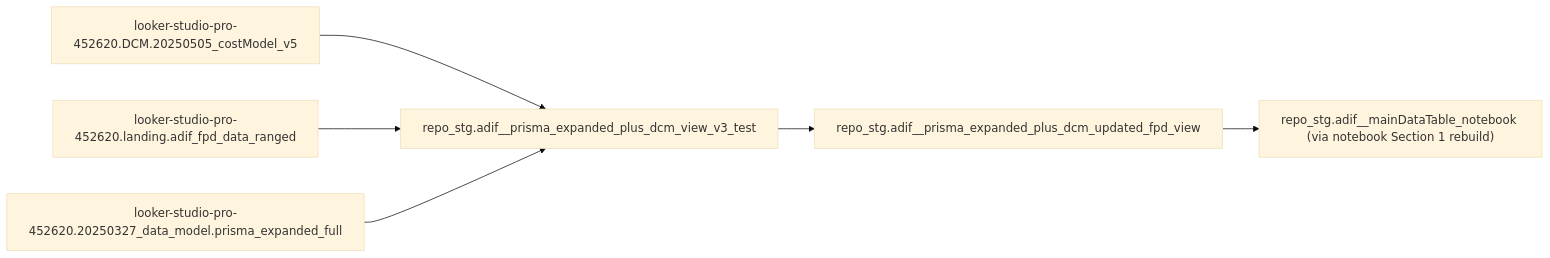
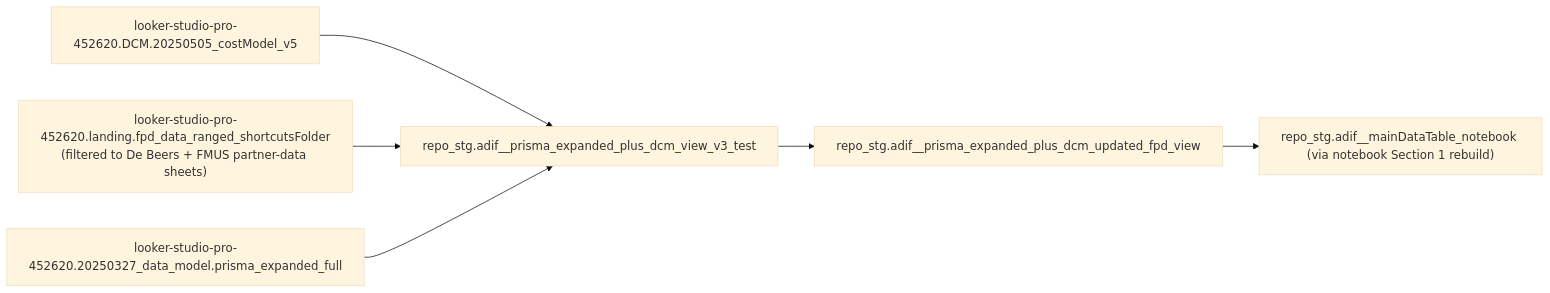
One commit to genetsen/looker_personal changed the diagram in adif/projects/tv_digital_pipeline/README - ADIF TV & Digital Data Pipeline.md. Above: the diagram before and after it, drawn with Mermaid (base theme). The commit also changed other lines of this file and 4 other files, not shown here.

First line of the commit message:
ADIF: switch original FPD to filtered shortcuts source

````diff
--- a/adif/projects/tv_digital_pipeline/README - ADIF TV & Digital Data Pipeline.md
+++ b/adif/projects/tv_digital_pipeline/README - ADIF TV & Digital Data Pipeline.md
@@ -38,8 +40,8 @@
 ```mermaid
 flowchart LR
   dcm["looker-studio-pro-452620.DCM.20250505_costModel_v5"] --> core_base["repo_stg.adif__prisma_expanded_plus_dcm_view_v3_test"]
-  fpd_orig["looker-studio-pro-452620.landing.adif_fpd_data_ranged"] --> core_base
+  fpd_orig["looker-studio-pro-452620.landing.fpd_data_ranged_shortcutsFolder\n(filtered to De Beers + FMUS partner-data sheets)"] --> core_base
   prisma["looker-studio-pro-452620.20250327_data_model.prisma_expanded_full"] --> core_base
   core_base --> upd_view["repo_stg.adif__prisma_expanded_plus_dcm_updated_fpd_view"]
   upd_view --> final_tbl["repo_stg.adif__mainDataTable_notebook (via notebook Section 1 rebuild)"]
 ```
````
